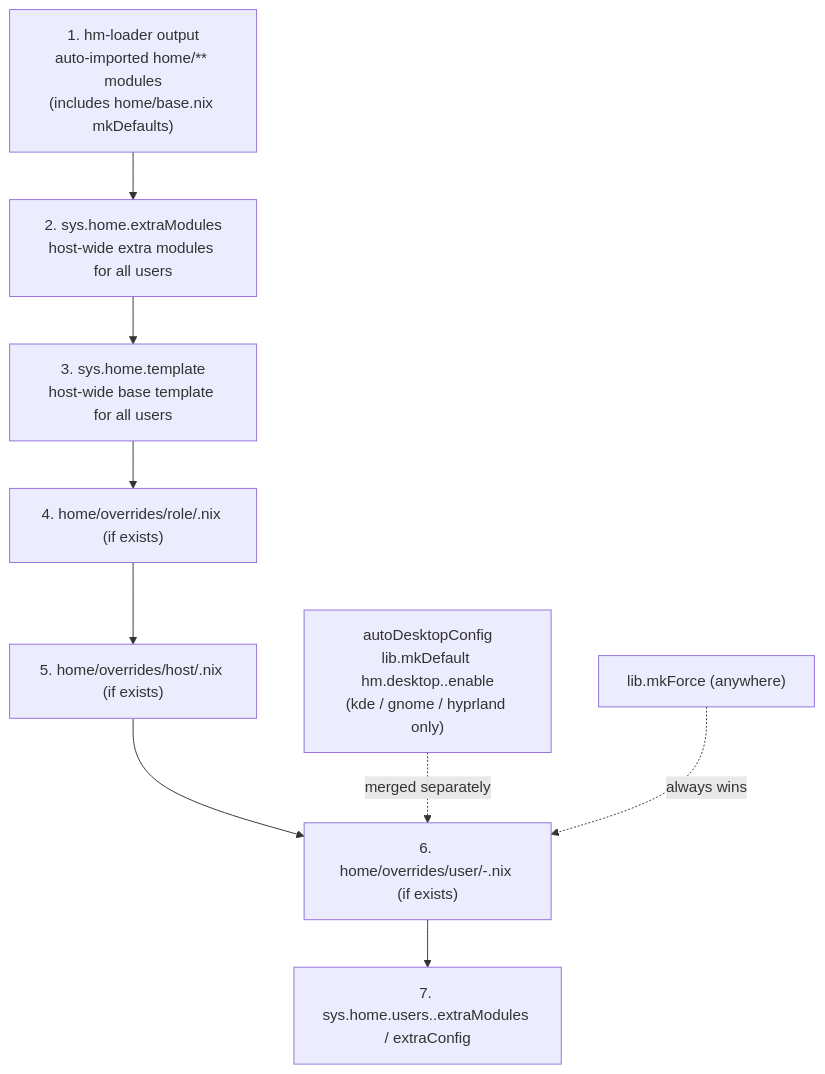
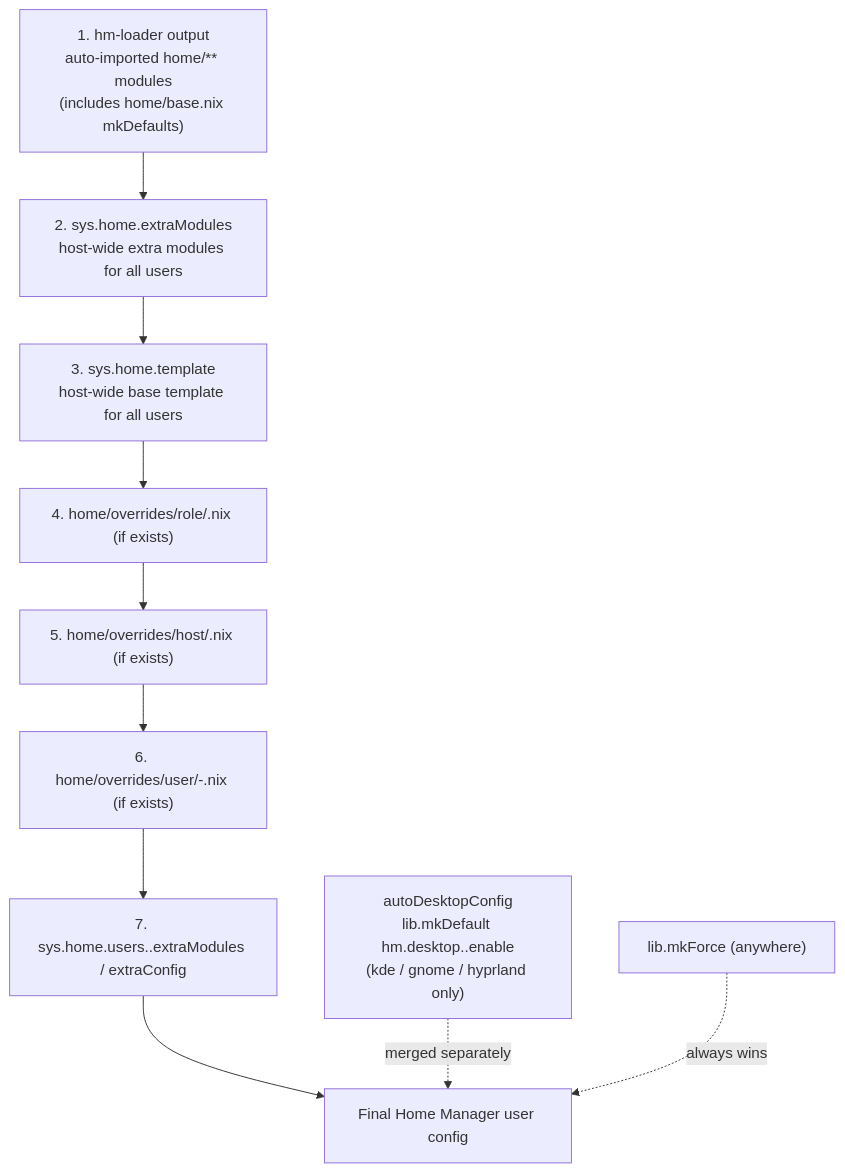
One commit to telometto/nix-config changed the diagram in home/README.md. Above: the diagram before and after it, drawn with Mermaid.

Commit message:
docs(home/README): route diagram to a new final merged hm user config node

````diff
--- a/home/README.md
+++ b/home/README.md
@@ -112,12 +112,13 @@
 ```mermaid
 flowchart TD
     A["1. hm-loader output\nauto-imported home/** modules\n(includes home/base.nix mkDefaults)"] --> B
     B["2. sys.home.extraModules\nhost-wide extra modules for all users"] --> C
     C["3. sys.home.template\nhost-wide base template for all users"] --> D
     D["4. home/overrides/role/<role>.nix (if exists)"] --> E
     E["5. home/overrides/host/<hostname>.nix (if exists)"] --> F
     F["6. home/overrides/user/<user>-<host>.nix (if exists)"] --> G
-    G["7. sys.home.users.<name>.extraModules / extraConfig"]
-    AD["autoDesktopConfig\nlib.mkDefault hm.desktop.<flavor>.enable\n(kde / gnome / hyprland only)"] -.->|"merged separately"| F
-    H["lib.mkForce (anywhere)"] -.->|"always wins"| F
+    G["7. sys.home.users.<name>.extraModules / extraConfig"] --> M
+    M["Final Home Manager user config"]
+    AD["autoDesktopConfig\nlib.mkDefault hm.desktop.<flavor>.enable\n(kde / gnome / hyprland only)"] -.->|"merged separately"| M
+    H["lib.mkForce (anywhere)"] -.->|"always wins"| M
 ```
````
